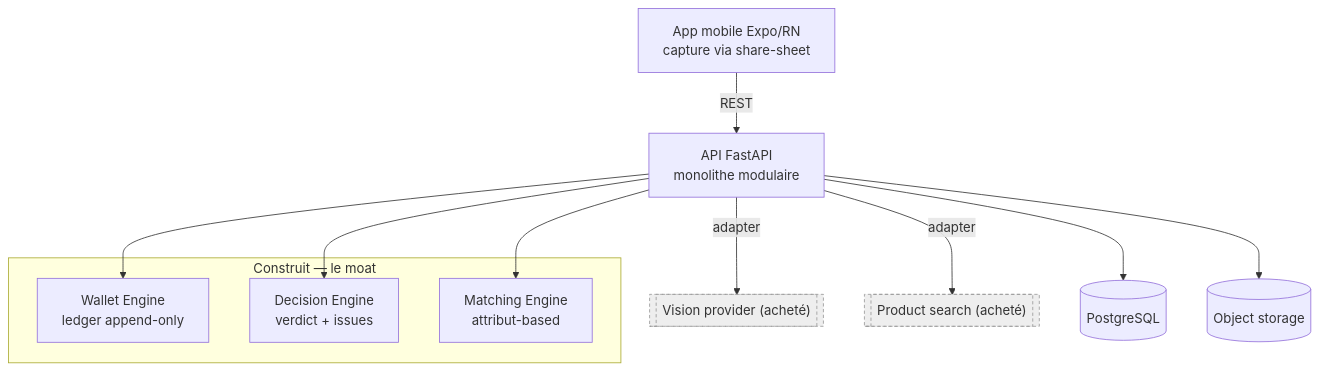
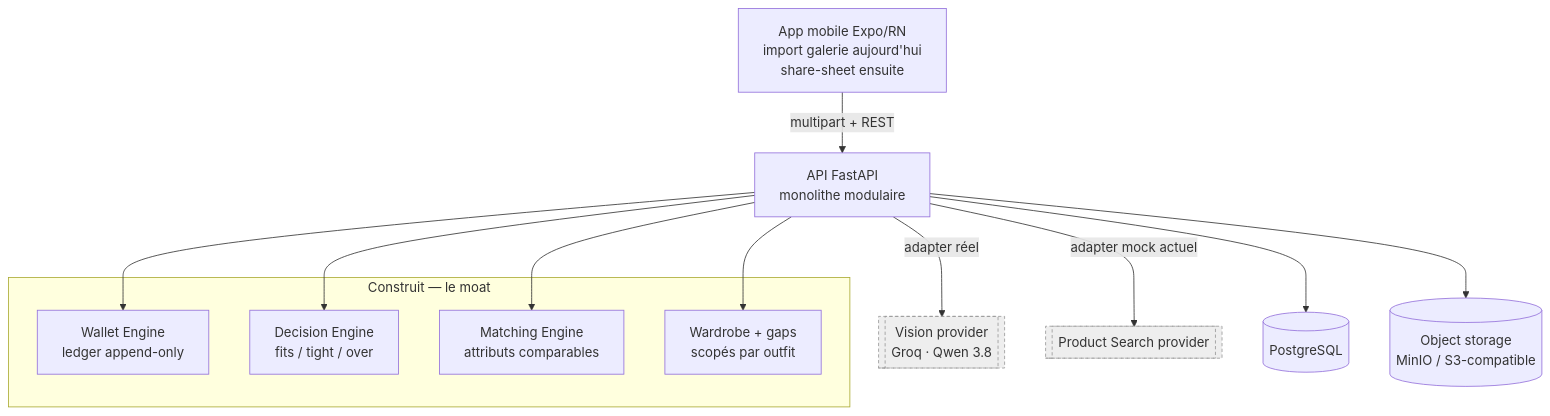
The diagram in README.md (Steve-Landry-NONO/fashion-money), drawn with Mermaid before and after one commit. The commit also changed other lines of this file and 18 other files, not shown here.

````diff
--- a/README.md
+++ b/README.md
@@ -39,18 +101,24 @@
 ```mermaid
 flowchart TD
-  C["App mobile Expo/RN<br/>capture via share-sheet"] -->|REST| A["API FastAPI<br/>monolithe modulaire"]
+  C["App mobile Expo/RN<br/>import galerie aujourd'hui<br/>share-sheet ensuite"] -->|multipart + REST| A["API FastAPI<br/>monolithe modulaire"]
+
   subgraph Moat["Construit — le moat"]
     W["Wallet Engine<br/>ledger append-only"]
-    D["Decision Engine<br/>verdict + issues"]
-    M["Matching Engine<br/>attribut-based"]
+    D["Decision Engine<br/>fits / tight / over"]
+    M["Matching Engine<br/>attributs comparables"]
+    G["Wardrobe + gaps<br/>scopés par outfit"]
   end
+
   A --> W
   A --> D
   A --> M
-  A -->|adapter| V[["Vision provider (acheté)"]]
-  A -->|adapter| P[["Product search (acheté)"]]
+  A --> G
+
+  A -->|adapter réel| V[["Vision provider<br/>Groq · Qwen 3.8"]]
+  A -->|adapter mock actuel| P[["Product Search provider"]]
   A --> DB[("PostgreSQL")]
-  A --> S[("Object storage")]
+  A --> S[("Object storage<br/>MinIO / S3-compatible")]
+
   classDef buy fill:#eeeeee,stroke:#999999,stroke-dasharray:4 3;
   class V,P buy;
 ```
````
